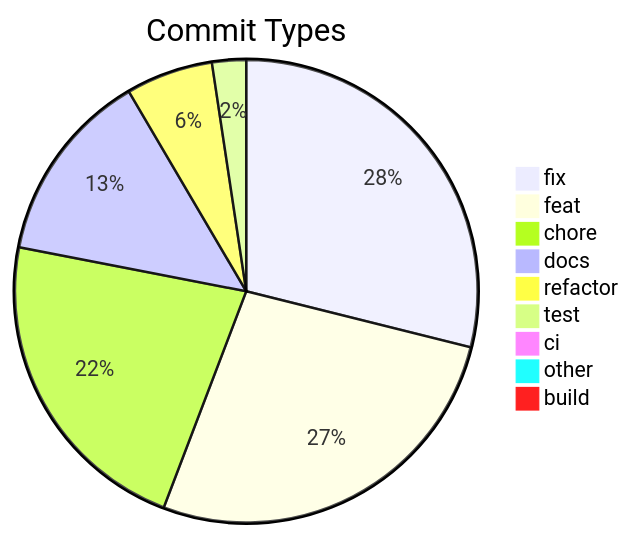
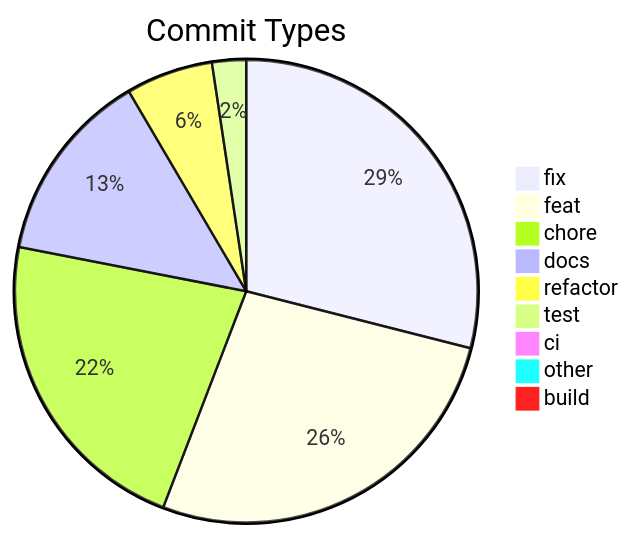
The diagram in .shipwright/compliance/change-history.md (svenroth-ai/shipwright), drawn with Mermaid before and after one commit. The commit also changed other lines of this file and 14 other files, not shown here.

````diff
--- a/.shipwright/compliance/change-history.md
+++ b/.shipwright/compliance/change-history.md
@@ -8,12 +8,12 @@
 ```mermaid
 pie title Commit Types
-    "fix" : 304
+    "fix" : 305
     "feat" : 283
     "chore" : 234
     "docs" : 142
     "refactor" : 64
     "test" : 25
     "ci" : 7
     "other" : 7
     "build" : 1
 ```
````
